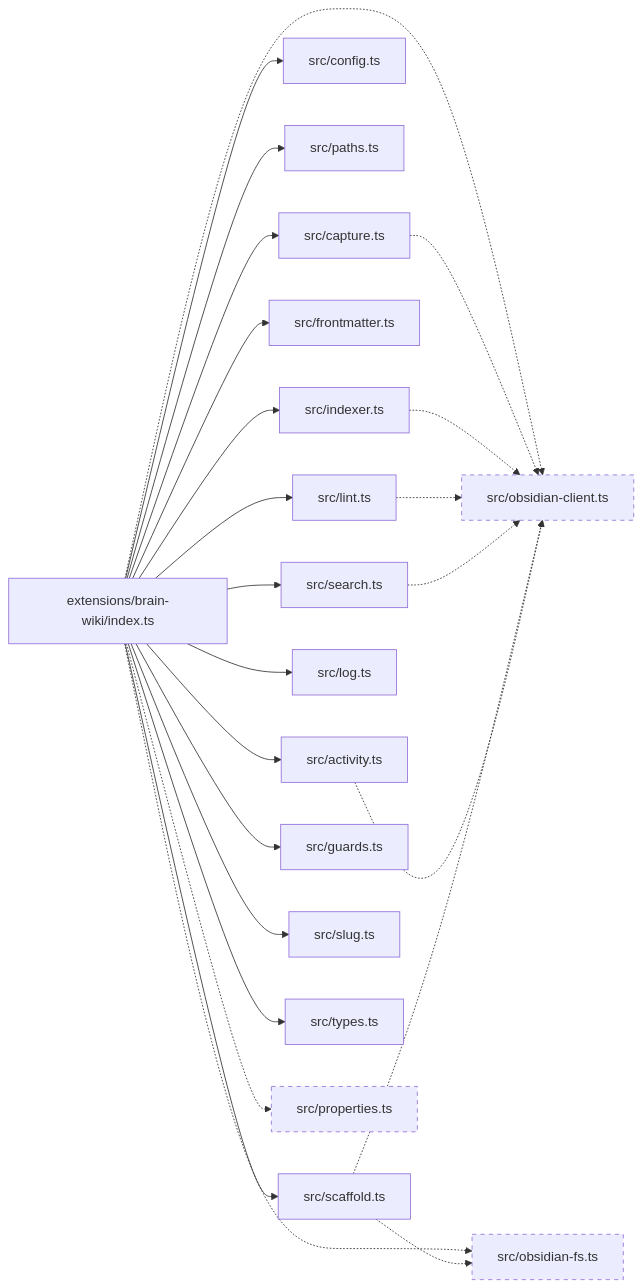
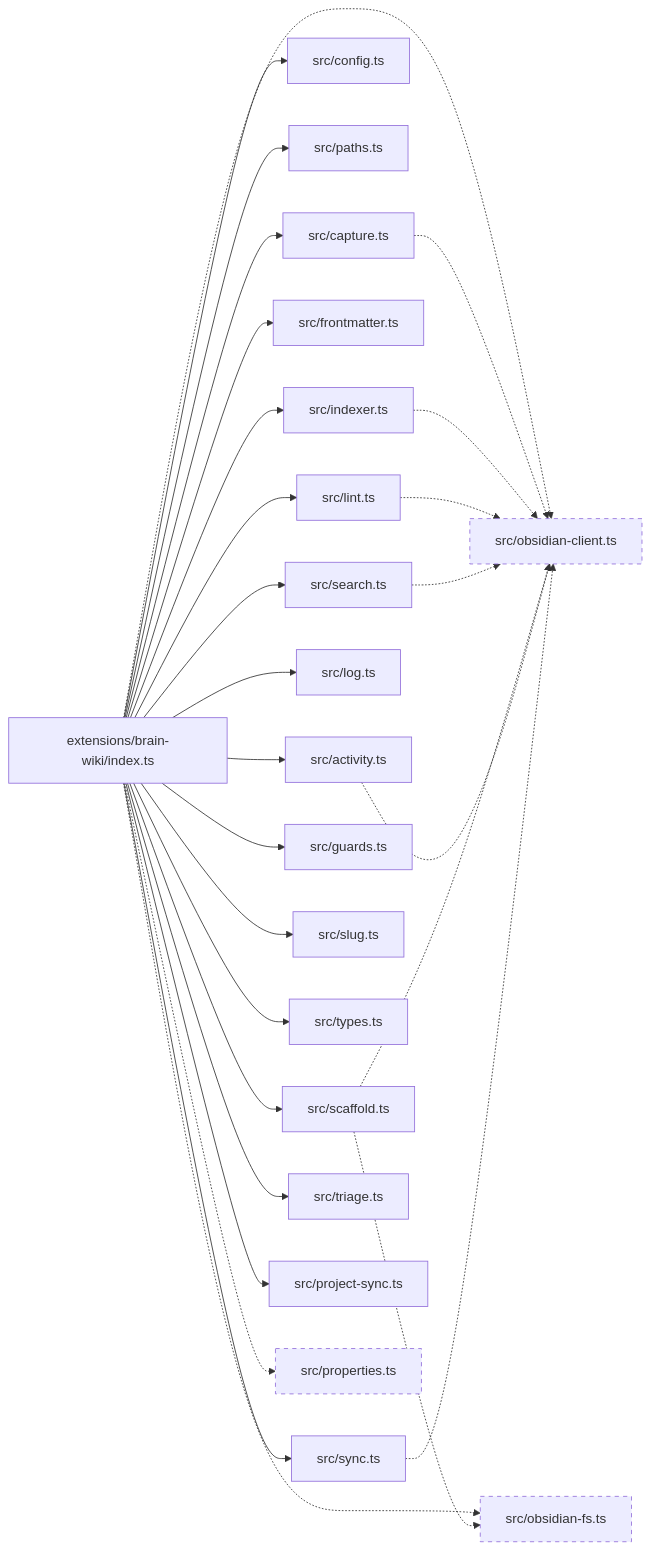
One commit to zhazhazuo/pi-brain-wiki changed the diagram in docs/01_maps/module_map.md. Above: the diagram before and after it, drawn with Mermaid. The commit also changed other lines of this file and 7 other files, not shown here.

````diff
--- a/docs/01_maps/module_map.md
+++ b/docs/01_maps/module_map.md
@@ -3,44 +3,51 @@
 ```mermaid
 flowchart LR
   Index[extensions/brain-wiki/index.ts]
   Capture[src/capture.ts]
   Config[src/config.ts]
   Paths[src/paths.ts]
   Scaffold[src/scaffold.ts]
   Fm[src/frontmatter.ts]
   Indexer[src/indexer.ts]
   Lint[src/lint.ts]
   Search[src/search.ts]
   Log[src/log.ts]
   Activity[src/activity.ts]
   Guards[src/guards.ts]
   Slug[src/slug.ts]
   Types[src/types.ts]
+  Sync[src/sync.ts]
+  Triage[src/triage.ts]
+  ProjectSync[src/project-sync.ts]
 
   Index --> Capture
   Index --> Config
   Index --> Paths
   Index --> Scaffold
   Index --> Fm
   Index --> Indexer
   Index --> Lint
   Index --> Search
   Index --> Log
   Index --> Activity
   Index --> Guards
   Index --> Slug
   Index --> Types
+  Index --> Sync
+  Index --> Triage
+  Index --> ProjectSync
   Index -.-> ObsidianClient[src/obsidian-client.ts]
   Index -.-> ObsidianFs[src/obsidian-fs.ts]
   Index -.-> Properties[src/properties.ts]
   Capture -.-> ObsidianClient
   Indexer -.-> ObsidianClient
   Lint -.-> ObsidianClient
   Search -.-> ObsidianClient
   Scaffold -.-> ObsidianFs
   Scaffold -.-> ObsidianClient
   Activity -.-> ObsidianClient
+  Sync -.-> ObsidianClient
 
   classDef new stroke-dasharray: 5 5
   class ObsidianClient,ObsidianFs,Properties new
 ```
````
